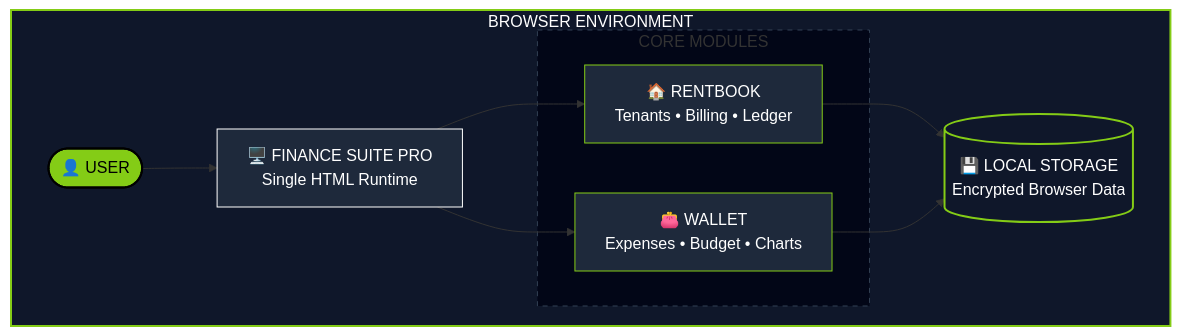
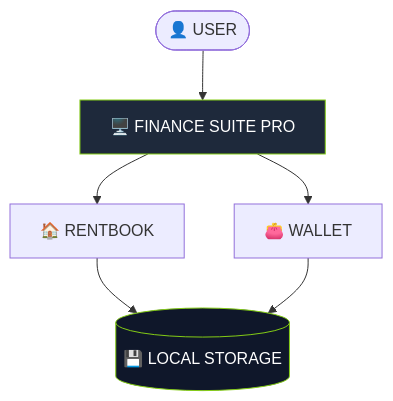
One commit to gh0stlung/FAINACE-SUIT changed the diagram in README.md. Above: the diagram before and after it, drawn with Mermaid. The commit also changed other lines of this file, not shown here.

````diff
--- a/README.md
+++ b/README.md
@@ -25,29 +24,11 @@
 ```mermaid
 graph TD
-    subgraph CLIENT_SIDE [BROWSER ENVIRONMENT]
-        style CLIENT_SIDE fill:#0f172a,stroke:#84cc16,stroke-width:2px,color:#fff
-        
-        USER([👤 USER]) --> APP_SHELL
-        style USER fill:#84cc16,stroke:#000,stroke-width:2px,color:#000
-        
-        APP_SHELL[🖥️ FINANCE SUITE PRO<br/>Single HTML Runtime] --> MOD_RENT
-        APP_SHELL --> MOD_WALL
-        style APP_SHELL fill:#1e293b,stroke:#fff,stroke-width:1px,color:#fff
-        
-        subgraph MODULES [CORE MODULES]
-            style MODULES fill:#020617,stroke:#334155,stroke-dasharray: 5 5
-            
-            MOD_RENT[🏠 RENTBOOK<br/>Tenants • Billing • Ledger]
-            MOD_WALL[👛 WALLET<br/>Expenses • Budget • Charts]
-            style MOD_RENT fill:#1e293b,stroke:#84cc16,stroke-width:1px,color:#fff
-            style MOD_WALL fill:#1e293b,stroke:#84cc16,stroke-width:1px,color:#fff
-        end
-        
-        MOD_RENT --> STORAGE
-        MOD_WALL --> STORAGE
-        
-        STORAGE[(💾 LOCAL STORAGE<br/>Encrypted Browser Data)]
-        style STORAGE fill:#0f172a,stroke:#84cc16,stroke-width:2px,color:#fff
-    end
+    USER([👤 USER]) --> APP[🖥️ FINANCE SUITE PRO]
+    APP --> RENT[🏠 RENTBOOK]
+    APP --> WALL[👛 WALLET]
+    RENT --> DB[(💾 LOCAL STORAGE)]
+    WALL --> DB
+    style APP fill:#1e293b,stroke:#84cc16,color:#fff
+    style DB fill:#0f172a,stroke:#84cc16,color:#fff
 
 ```
````
